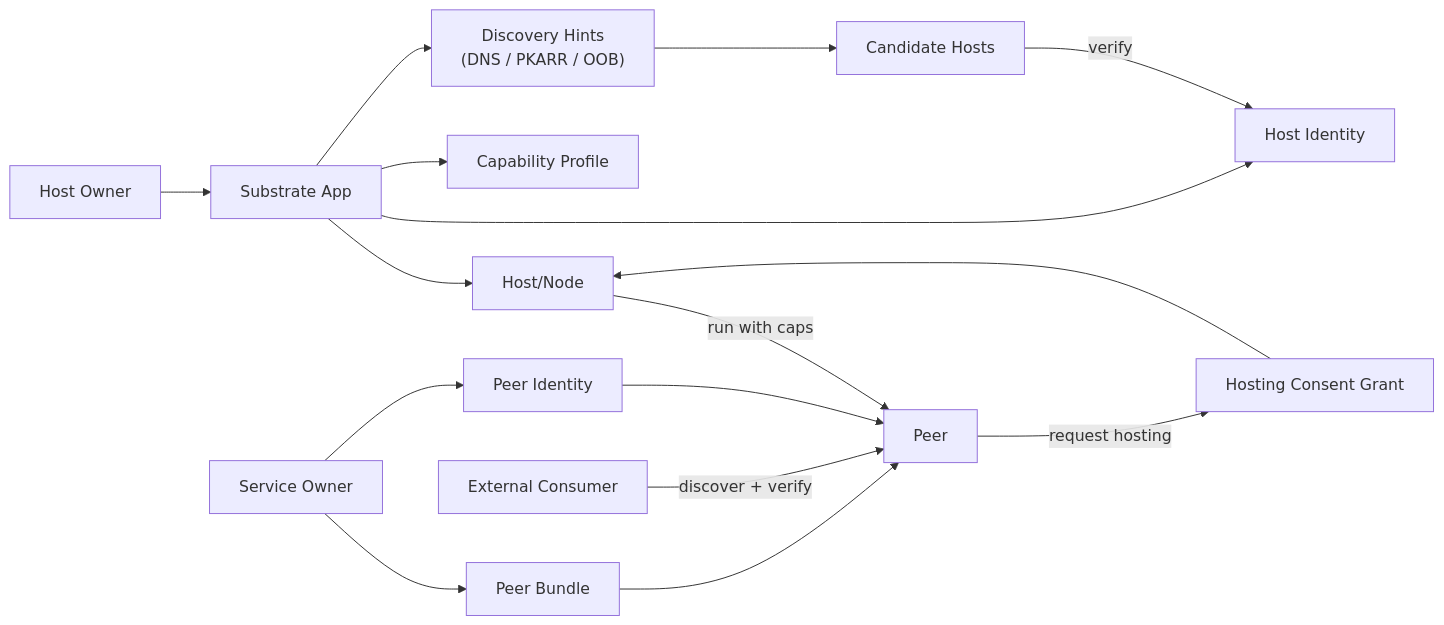
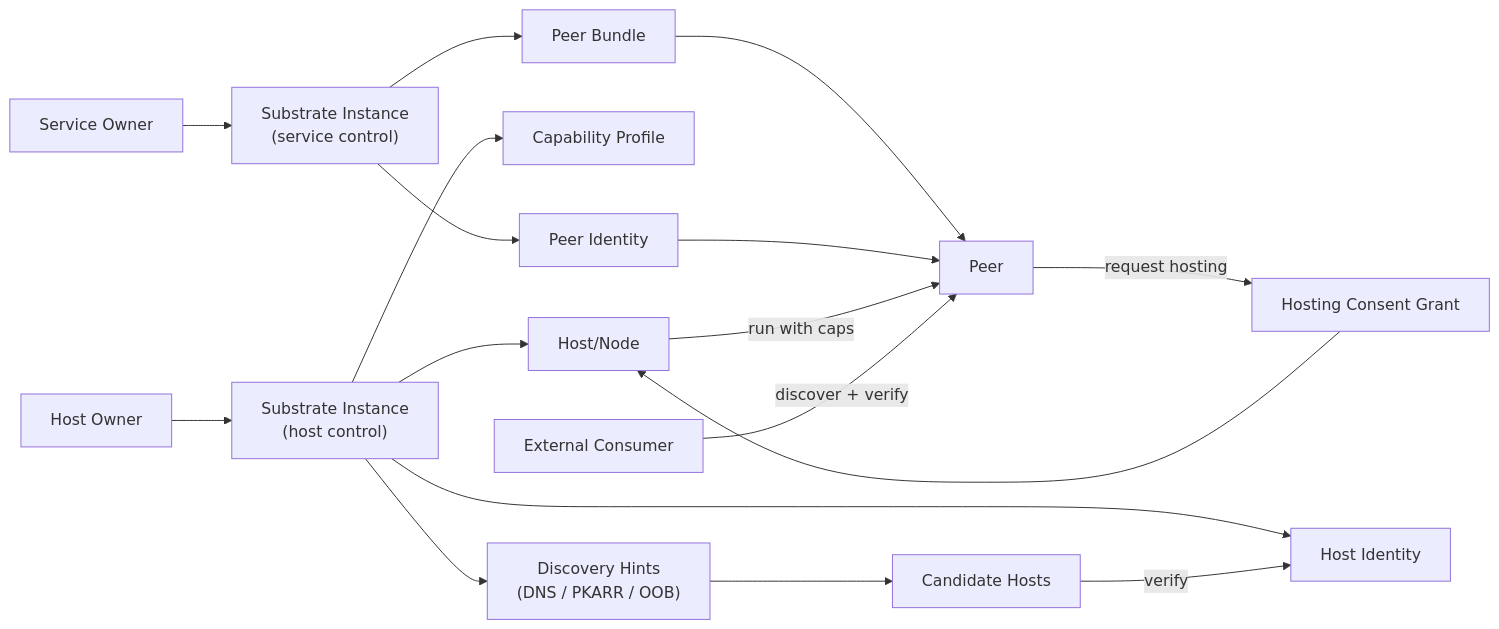
One commit to syneroym/syneroym changed the first of 2 diagrams in product/04-system-model.md. Above: the diagram before and after it, drawn with Mermaid. The commit also changed other lines of this file and 4 other files, not shown here.

````diff
--- a/product/04-system-model.md
+++ b/product/04-system-model.md
@@ -60,24 +63,25 @@
 ```mermaid
 flowchart LR
-  HO["Host Owner"] --> SA["Substrate App"]
-  SA --> H["Host/Node"]
-  SA --> HI["Host Identity"]
-  SA --> CP["Capability Profile"]
-  SA --> DH["Discovery Hints\n(DNS / PKARR / OOB)"]
+  HO["Host Owner"] --> SIH["Substrate Instance\n(host control)"]
+  SIH --> H["Host/Node"]
+  SIH --> HI["Host Identity"]
+  SIH --> CP["Capability Profile"]
+  SIH --> DH["Discovery Hints\n(DNS / PKARR / OOB)"]
 
-  SO["Service Owner"] --> PB["Peer Bundle"]
-  SO --> PI["Peer Identity"]
+  SO["Service Owner"] --> SIS["Substrate Instance\n(service control)"]
+  SIS --> PB["Peer Bundle"]
+  SIS --> PI["Peer Identity"]
 
   PB --> P["Peer"]
   PI --> P
 
   DH --> CAND["Candidate Hosts"]
   CAND -->|"verify"| HI
 
   P -->|"request hosting"| HC["Hosting Consent Grant"]
   HC --> H
 
   H -->|"run with caps"| P
 
   EC["External Consumer"] -->|"discover + verify"| P
 ```
````
